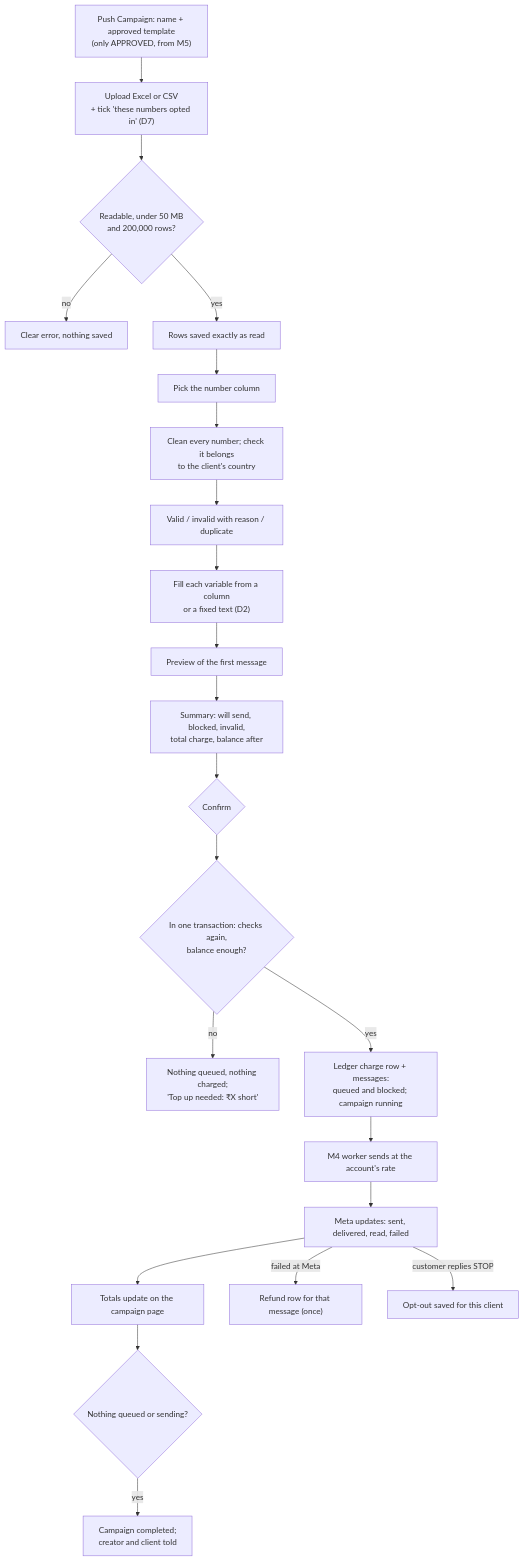
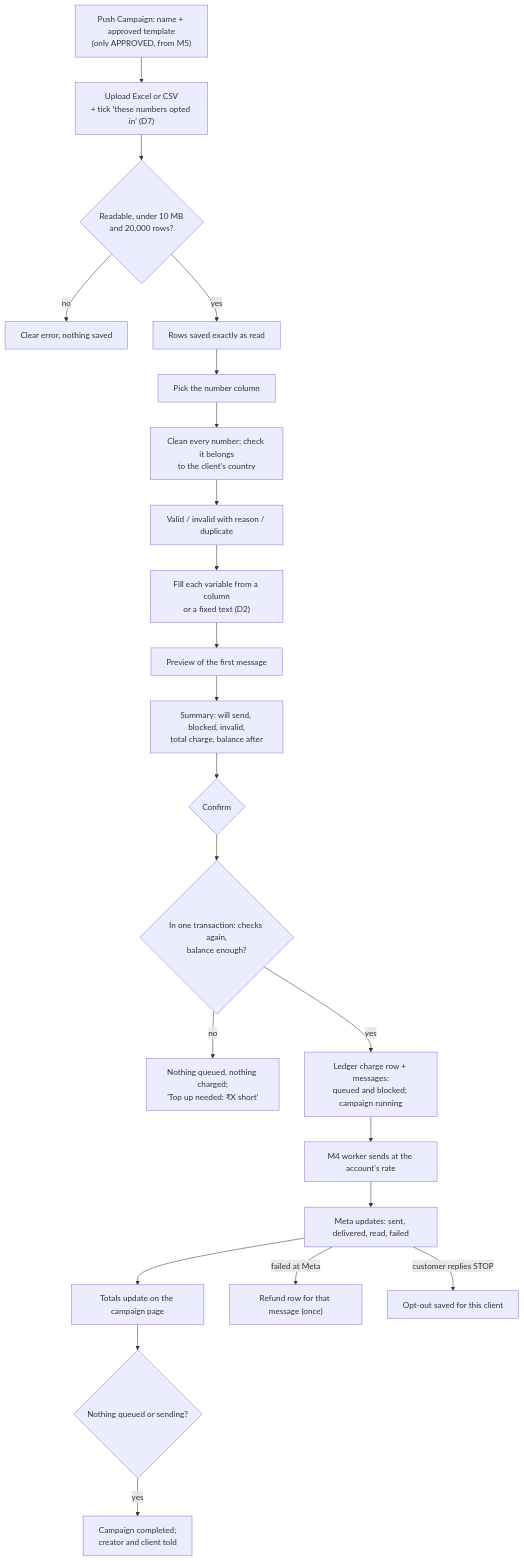
One commit to reaplift/reaplift-bsp changed the diagram in docs/milestones/m7-campaigns/spec.md. Above: the diagram before and after it, drawn with Mermaid. The commit also changed other lines of this file and 36 other files, not shown here.

````diff
--- a/docs/milestones/m7-campaigns/spec.md
+++ b/docs/milestones/m7-campaigns/spec.md
@@ -16,24 +16,24 @@
 ```mermaid
 flowchart TD
   A["Push Campaign: name + approved template<br/>(only APPROVED, from M5)"] --> B["Upload Excel or CSV<br/>+ tick 'these numbers opted in' (D7)"]
-  B --> C{"Readable, under 50 MB<br/>and 200,000 rows?"}
+  B --> C{"Readable, under 10 MB<br/>and 20,000 rows?"}
   C -- "no" --> C1["Clear error, nothing saved"]
   C -- "yes" --> D["Rows saved exactly as read"]
   D --> E["Pick the number column"]
   E --> F["Clean every number; check it belongs<br/>to the client's country"]
   F --> G["Valid / invalid with reason / duplicate"]
   G --> H["Fill each variable from a column<br/>or a fixed text (D2)"]
   H --> I["Preview of the first message"]
   I --> J["Summary: will send, blocked, invalid,<br/>total charge, balance after"]
   J --> K{"Confirm"}
   K --> L{"In one transaction: checks again,<br/>balance enough?"}
   L -- "no" --> L1["Nothing queued, nothing charged;<br/>'Top up needed: ₹X short'"]
   L -- "yes" --> M["Ledger charge row + messages:<br/>queued and blocked; campaign running"]
   M --> N["M4 worker sends at the account's rate"]
   N --> O["Meta updates: sent, delivered, read, failed"]
   O --> P["Totals update on the campaign page"]
   O -- "failed at Meta" --> Q["Refund row for that message (once)"]
   O -- "customer replies STOP" --> R["Opt-out saved for this client"]
   P --> S{"Nothing queued or sending?"}
   S -- "yes" --> T["Campaign completed;<br/>creator and client told"]
 ```
````
